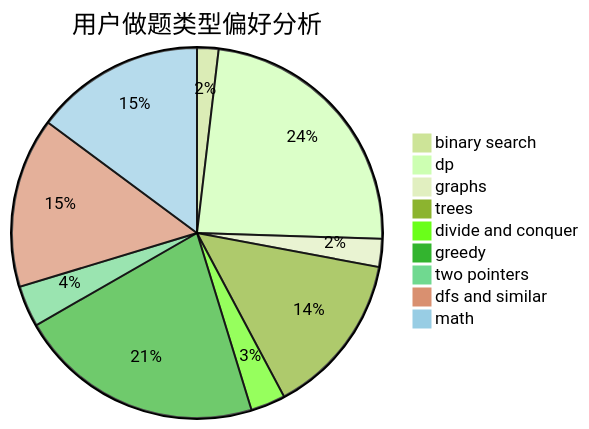
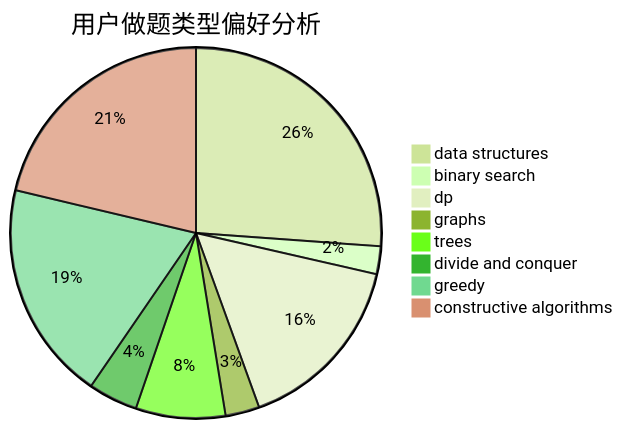
Before and after one commit to sherpahu/cfrs.github.io: the second of 3 diagrams in docs/user/u864.md, drawn with Mermaid (forest theme). The commit also changed other lines of this file and 2775 other files, not shown here.

````diff
--- a/docs/user/u864.md
+++ b/docs/user/u864.md
@@ -23,12 +23,11 @@
 ```mermaid
 pie title 用户做题类型偏好分析
-    "binary search" :  13
-    "dp" :  164
-    "graphs" :  17
-    "trees" :  99
-    "divide and conquer" :  21
-    "greedy" :  149
-    "two pointers" :  25
-    "dfs and similar" :  103
-    "math" :  103
+    "data structures" :  97
+    "binary search" :  9
+    "dp" :  59
+    "graphs" :  11
+    "trees" :  29
+    "divide and conquer" :  16
+    "greedy" :  71
+    "constructive algorithms" :  79
 ```
````
